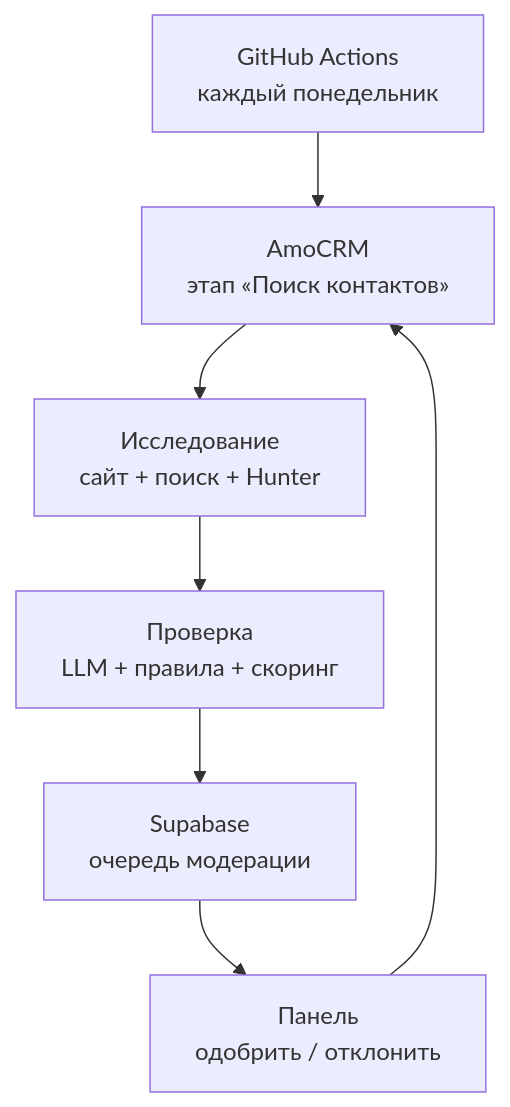
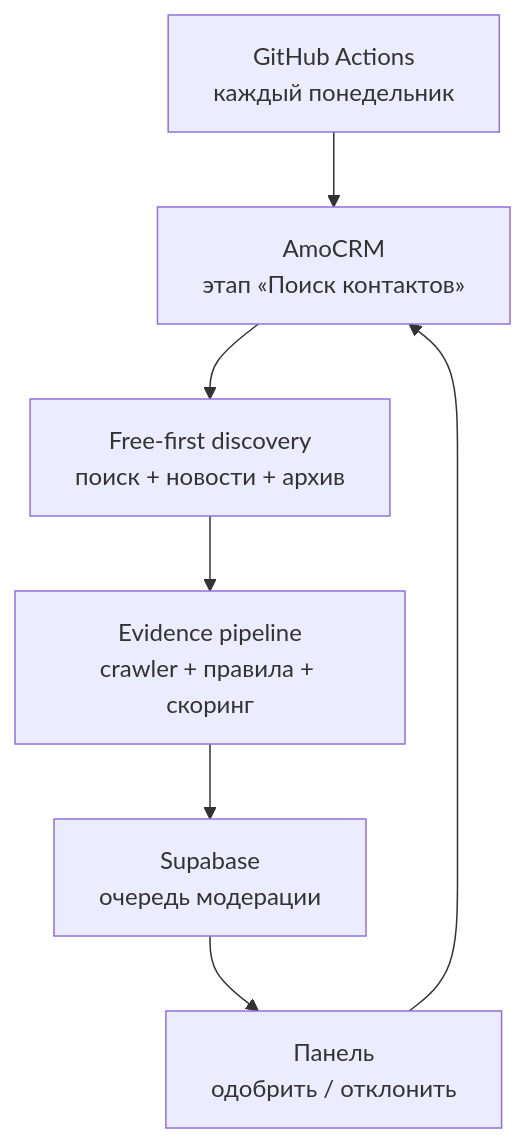
Before and after one commit to tsarev2709/anix_data_search: the first of 2 diagrams in docs/architecture.md, drawn with Mermaid. The commit also changed other lines of this file and 38 other files, not shown here.

Commit message:
Build free-first OSINT research pipeline

````diff
--- a/docs/architecture.md
+++ b/docs/architecture.md
@@ -5,9 +5,9 @@
 ```mermaid
 flowchart TD
     A["GitHub Actions<br>каждый понедельник"] --> B["AmoCRM<br>этап «Поиск контактов»"]
-    B --> C["Исследование<br>сайт + поиск + Hunter"]
-    C --> D["Проверка<br>LLM + правила + скоринг"]
+    B --> C["Free-first discovery<br>поиск + новости + архив"]
+    C --> D["Evidence pipeline<br>crawler + правила + скоринг"]
     D --> E["Supabase<br>очередь модерации"]
     E --> F["Панель<br>одобрить / отклонить"]
     F --> B
 ```
````
